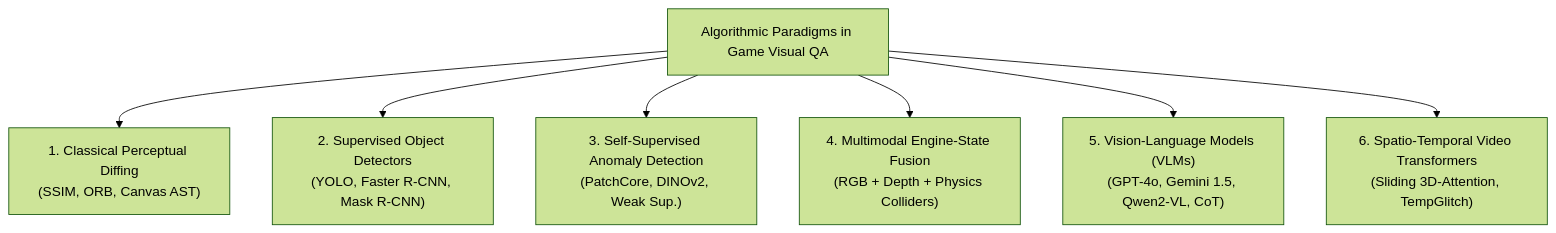
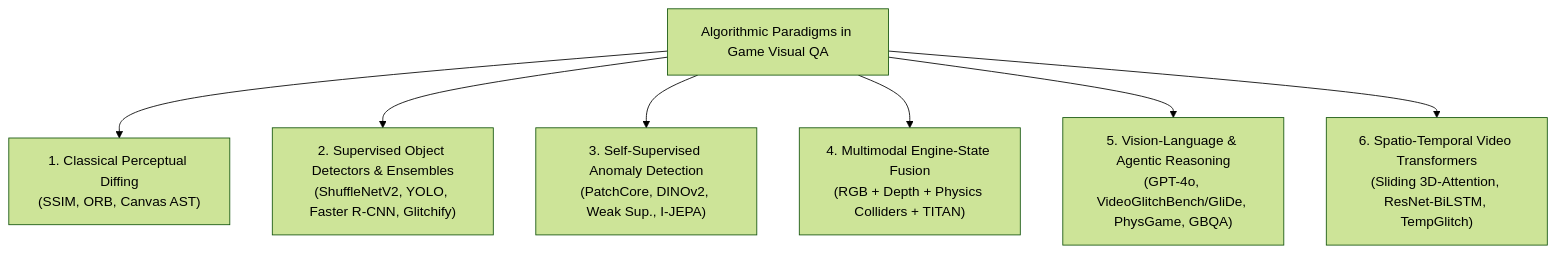
One commit to minhphuc477/game-visual-bug-detection changed the third of 5 diagrams in manuscript/complete_manuscript.md. Above: the diagram before and after it, drawn with Mermaid (forest theme). The commit also changed other lines of this file and 1606 other files, not shown here.

````diff
--- a/manuscript/complete_manuscript.md
+++ b/manuscript/complete_manuscript.md
@@ -461,10 +461,10 @@
 ```mermaid
 graph TD
     Paradigms["Algorithmic Paradigms in Game Visual QA"]
     Paradigms --> P1["1. Classical Perceptual Diffing<br/>(SSIM, ORB, Canvas AST)"]
-    Paradigms --> P2["2. Supervised Object Detectors<br/>(YOLO, Faster R-CNN, Mask R-CNN)"]
-    Paradigms --> P3["3. Self-Supervised Anomaly Detection<br/>(PatchCore, DINOv2, Weak Sup.)"]
-    Paradigms --> P4["4. Multimodal Engine-State Fusion<br/>(RGB + Depth + Physics Colliders)"]
-    Paradigms --> P5["5. Vision-Language Models (VLMs)<br/>(GPT-4o, Gemini 1.5, Qwen2-VL, CoT)"]
-    Paradigms --> P6["6. Spatio-Temporal Video Transformers<br/>(Sliding 3D-Attention, TempGlitch)"]
+    Paradigms --> P2["2. Supervised Object Detectors & Ensembles<br/>(ShuffleNetV2, YOLO, Faster R-CNN, Glitchify)"]
+    Paradigms --> P3["3. Self-Supervised Anomaly Detection<br/>(PatchCore, DINOv2, Weak Sup., I-JEPA)"]
+    Paradigms --> P4["4. Multimodal Engine-State Fusion<br/>(RGB + Depth + Physics Colliders + TITAN)"]
+    Paradigms --> P5["5. Vision-Language & Agentic Reasoning<br/>(GPT-4o, VideoGlitchBench/GliDe, PhysGame, GBQA)"]
+    Paradigms --> P6["6. Spatio-Temporal Video Transformers<br/>(Sliding 3D-Attention, ResNet-BiLSTM, TempGlitch)"]
 ```
````
